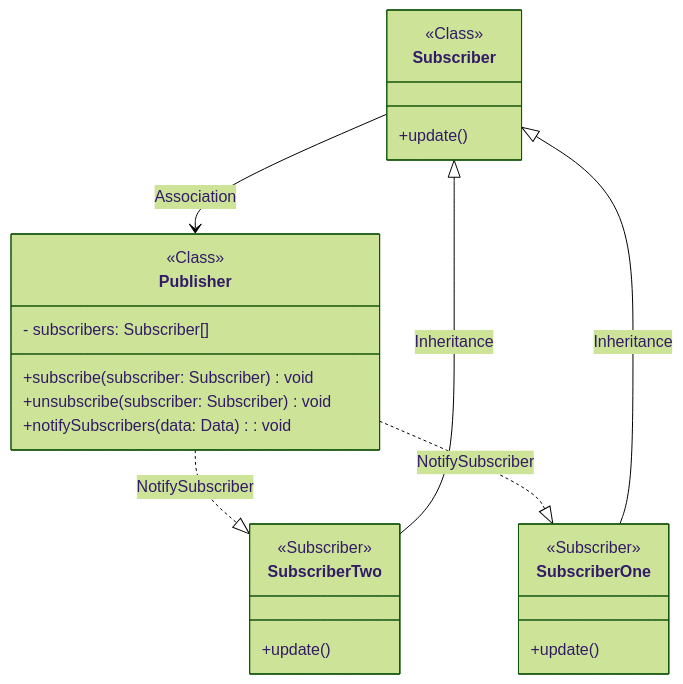
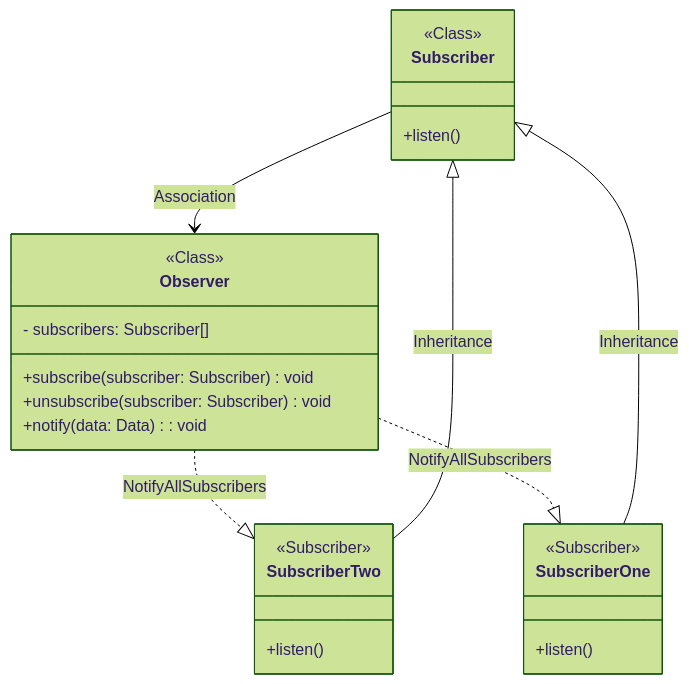
Before and after one commit to javierlopezdeancos/aprende-typescript: the diagram in patterns/behavioral/observer.md, drawn with Mermaid (forest theme). The commit also changed other lines of this file and 1 other file, not shown here.

Commit message:
docs: improve observer naming and examples

````diff
--- a/patterns/behavioral/observer.md
+++ b/patterns/behavioral/observer.md
@@ -34,33 +34,33 @@
 ```mermaid
 classDiagram
 direction TB
     class Subscriber {
-     +update()
+     +listen()
     }
 
-    class Publisher {
+    class Observer {
      - subscribers: Subscriber[]
      +subscribe(subscriber: Subscriber) void
      +unsubscribe(subscriber: Subscriber) void
-     +notifySubscribers(data: Data) : void
+     +notify(data: Data) : void
     }
 
     class SubscriberOne {
-     +update()
+     +listen()
     }
 
     class SubscriberTwo {
-     +update()
+     +listen()
     }
 
  <<Class>> Subscriber
- <<Class>> Publisher
+ <<Class>> Observer
  <<Subscriber>> SubscriberOne
  <<Subscriber>> SubscriberTwo
 
     SubscriberOne --|> Subscriber : Inheritance
     SubscriberTwo --|> Subscriber : Inheritance
-    Subscriber --> Publisher : Association
-    Publisher ..|> SubscriberTwo : NotifySubscriber
-    Publisher ..|> SubscriberOne : NotifySubscriber
+    Subscriber --> Observer : Association
+    Observer ..|> SubscriberTwo : NotifyAllSubscribers
+    Observer ..|> SubscriberOne : NotifyAllSubscribers
 ```
````
